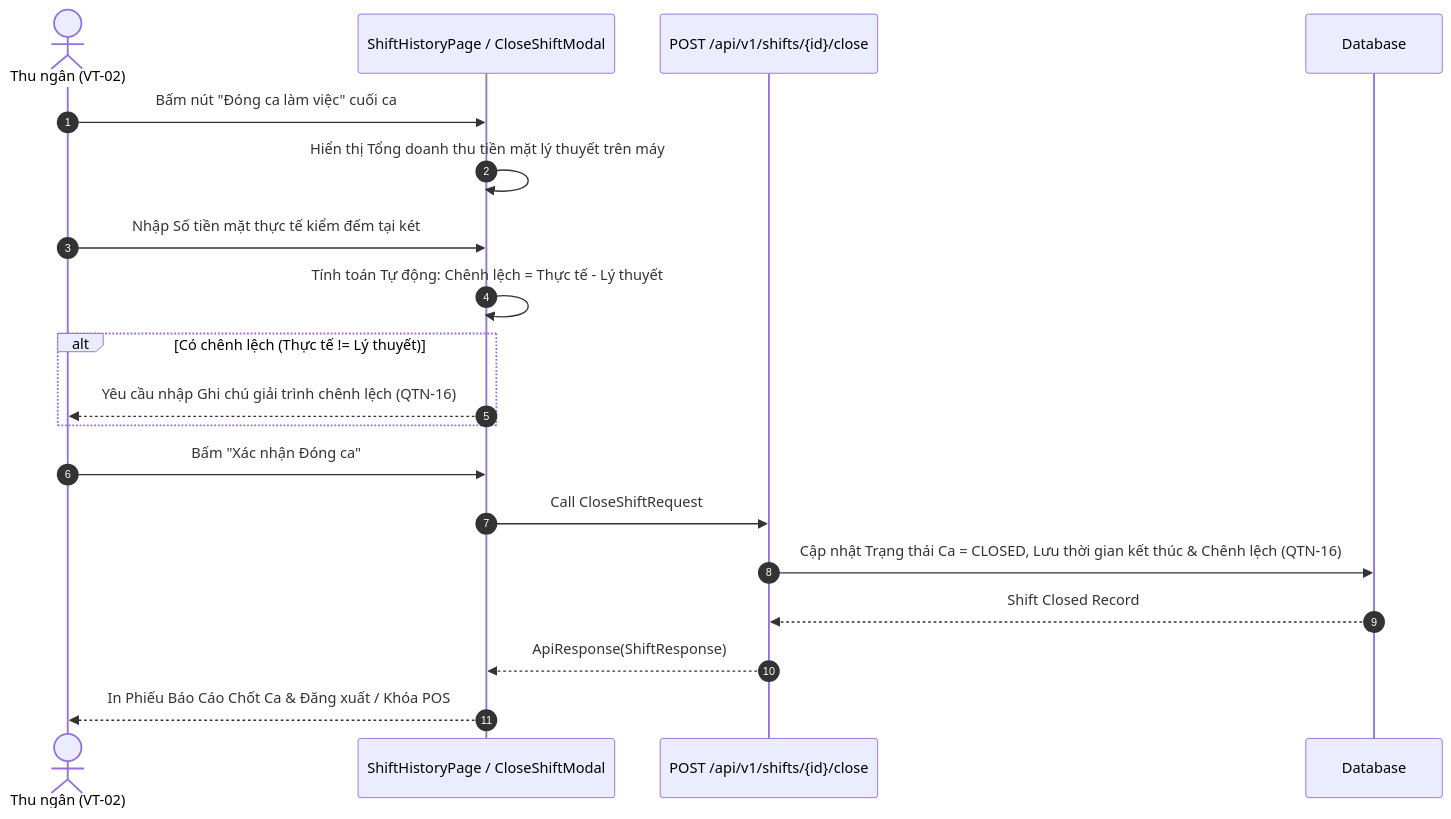
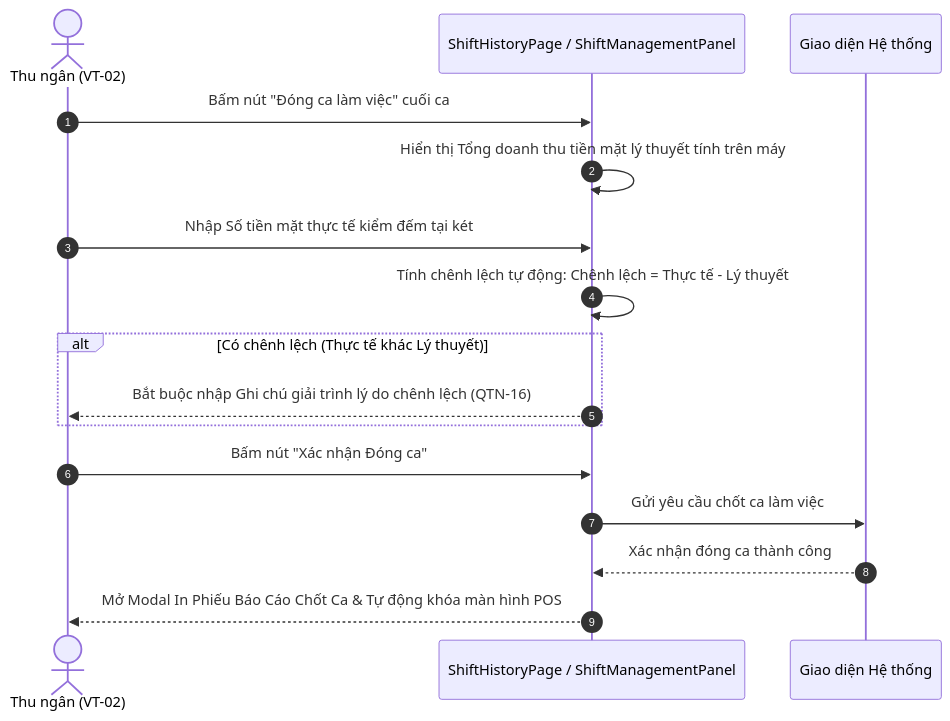
Before and after one commit to lean1835/BanHangViet: the ninth of 34 diagrams in architecture/full_screen_activity_flows.md, drawn with Mermaid. The commit also changed other lines of this file, not shown here.

Commit message:
refactor(docs): update full_screen_activity_flows to pure UI/UX screen activity flows

````diff
--- a/architecture/full_screen_activity_flows.md
+++ b/architecture/full_screen_activity_flows.md
@@ -290,22 +273,19 @@
 ```mermaid
 sequenceDiagram
     autonumber
     actor Cashier as Thu ngân (VT-02)
-    participant UI as ShiftHistoryPage / CloseShiftModal
-    participant ShiftAPI as POST /api/v1/shifts/{id}/close
-    participant DB as Database
+    participant UI as ShiftHistoryPage / ShiftManagementPanel
+    participant App as Giao diện Hệ thống
 
     Cashier->>UI: Bấm nút "Đóng ca làm việc" cuối ca
-    UI->>UI: Hiển thị Tổng doanh thu tiền mặt lý thuyết trên máy
+    UI->>UI: Hiển thị Tổng doanh thu tiền mặt lý thuyết tính trên máy
     Cashier->>UI: Nhập Số tiền mặt thực tế kiểm đếm tại két
-    UI->>UI: Tính toán Tự động: Chênh lệch = Thực tế - Lý thuyết
-    alt Có chênh lệch (Thực tế != Lý thuyết)
-        UI-->>Cashier: Yêu cầu nhập Ghi chú giải trình chênh lệch (QTN-16)
+    UI->>UI: Tính chênh lệch tự động: Chênh lệch = Thực tế - Lý thuyết
+    alt Có chênh lệch (Thực tế khác Lý thuyết)
+        UI-->>Cashier: Bắt buộc nhập Ghi chú giải trình lý do chênh lệch (QTN-16)
     end
-    Cashier->>UI: Bấm "Xác nhận Đóng ca"
-    UI->>ShiftAPI: Call CloseShiftRequest
-    ShiftAPI->>DB: Cập nhật Trạng thái Ca = CLOSED, Lưu thời gian kết thúc & Chênh lệch (QTN-16)
-    DB-->>ShiftAPI: Shift Closed Record
-    ShiftAPI-->>UI: ApiResponse(ShiftResponse)
-    UI-->>Cashier: In Phiếu Báo Cáo Chốt Ca & Đăng xuất / Khóa POS
+    Cashier->>UI: Bấm nút "Xác nhận Đóng ca"
+    UI->>App: Gửi yêu cầu chốt ca làm việc
+    App-->>UI: Xác nhận đóng ca thành công
+    UI-->>Cashier: Mở Modal In Phiếu Báo Cáo Chốt Ca & Tự động khóa màn hình POS
 ```
````
